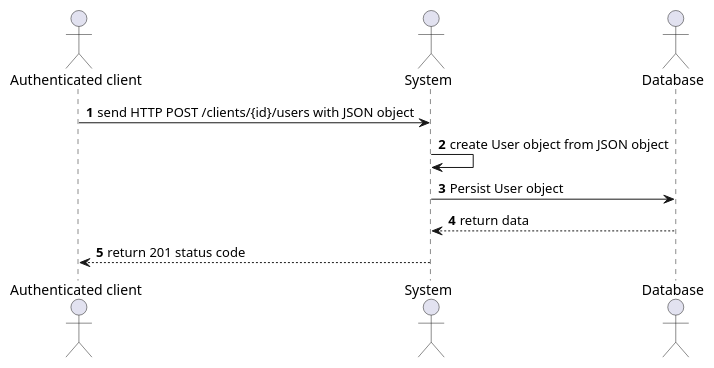
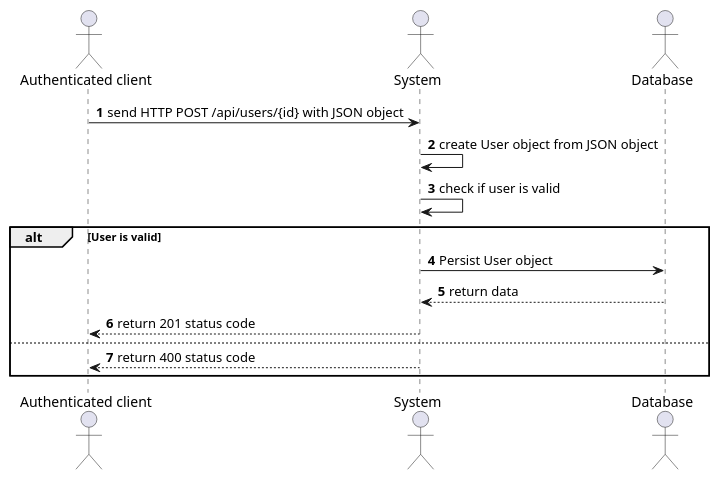
One commit to Xwyk/BileMo changed the diagram in diagrams/Sequences/UsersManagement/Sequence_AddUser.puml. Above: the diagram before and after it, drawn with PlantUML. The commit also changed 18 other files, not shown here.

Commit message:
Diagrams update & png generation

```diff
--- a/diagrams/Sequences/UsersManagement/Sequence_AddUser.puml
+++ b/diagrams/Sequences/UsersManagement/Sequence_AddUser.puml
@@ -1,16 +1,20 @@
 @startuml
 'https://plantuml.com/sequence-diagram
 
 autonumber
 
 actor "Authenticated client" as client
 actor System                as system
 actor Database              as db
 
-client  -> system  : send HTTP POST /clients/{id}/users with JSON object
+client  -> system  : send HTTP POST /api/users/{id} with JSON object
 system -> system  : create User object from JSON object
-system -> db      : Persist User object
-system <-- db     : return data
-client  <-- system : return 201 status code
-
+system -> system  : check if user is valid
+alt User is valid
+    system -> db      : Persist User object
+    system <-- db     : return data
+    client  <-- system : return 201 status code
+else
+    client  <-- system : return 400 status code
+end
 @enduml
```
